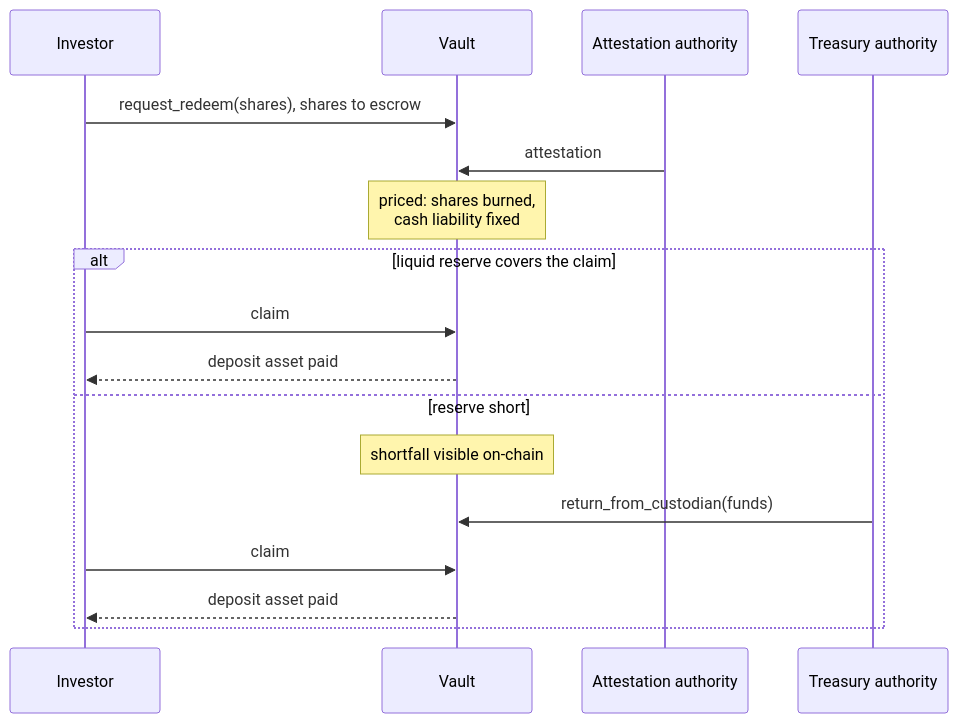
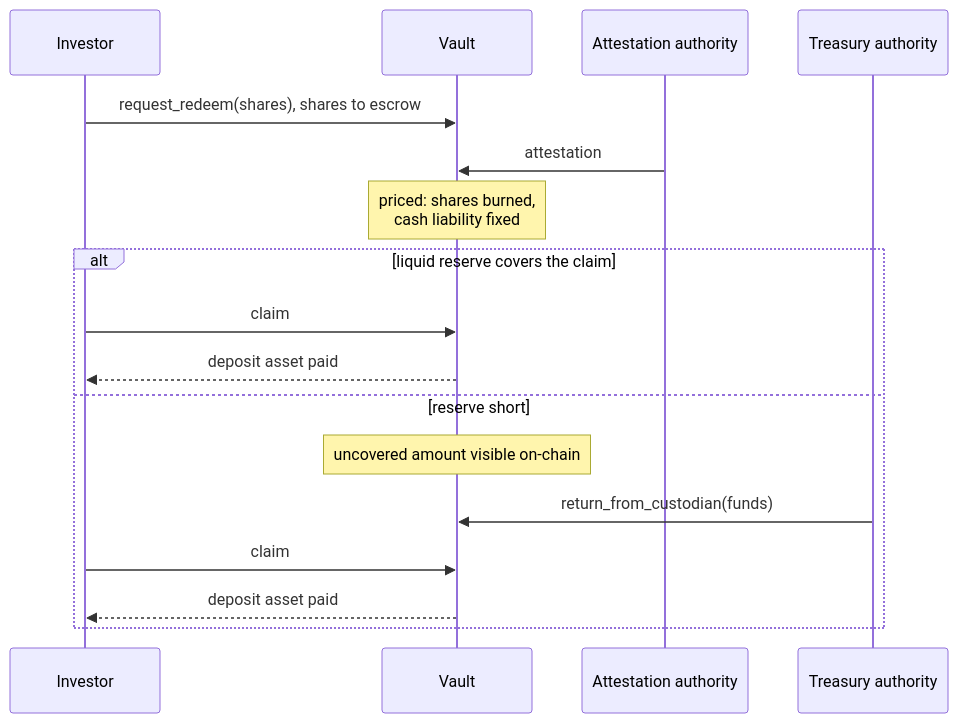
The fourth of 4 diagrams in docs/architecture.md (BootNodeDev/strata-vault-kit), drawn with Mermaid before and after one commit. The commit also changed other lines of this file and 11 other files, not shown here.

````diff
--- a/docs/architecture.md
+++ b/docs/architecture.md
@@ -233,19 +233,19 @@
 ```mermaid
 sequenceDiagram
     participant I as Investor
     participant V as Vault
     participant O as Attestation authority
     participant T as Treasury authority
     I->>V: request_redeem(shares), shares to escrow
     O->>V: attestation
     Note over V: priced: shares burned,<br/>cash liability fixed
     alt liquid reserve covers the claim
         I->>V: claim
         V-->>I: deposit asset paid
     else reserve short
-        Note over V: shortfall visible on-chain
+        Note over V: uncovered amount visible on-chain
         T->>V: return_from_custodian(funds)
         I->>V: claim
         V-->>I: deposit asset paid
     end
 ```
````
